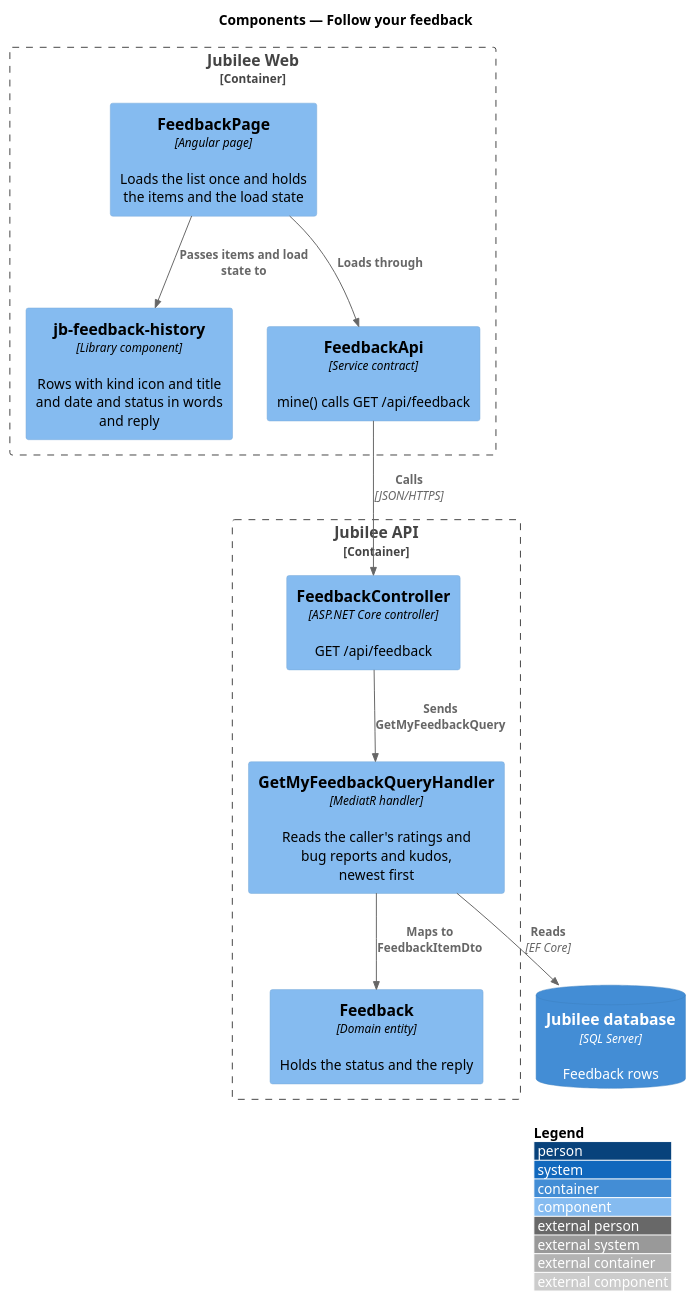
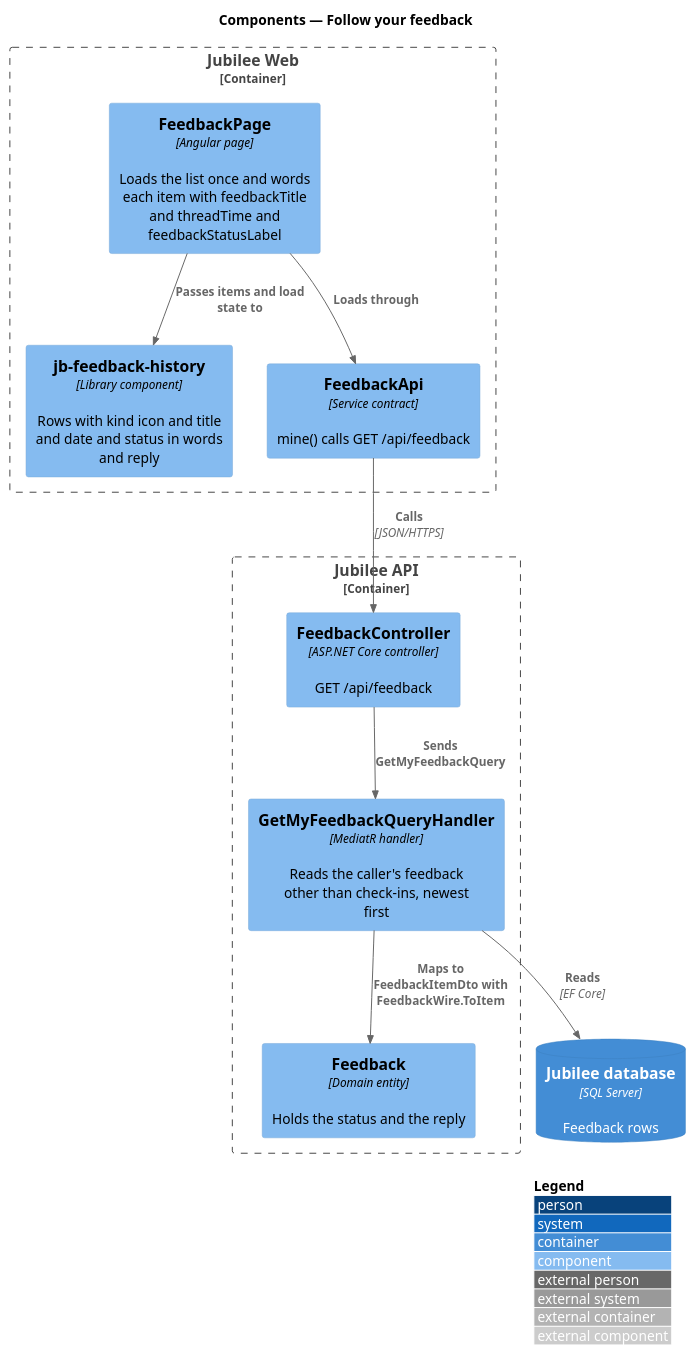
One commit to QuinntyneBrown/jubilee changed the diagram in docs/detailed-designs/feedback/follow-your-feedback/diagrams/c4-component.puml. Above: the diagram before and after it, drawn with PlantUML. The commit also changed 56 other files, not shown here.

```diff
--- a/docs/detailed-designs/feedback/follow-your-feedback/diagrams/c4-component.puml
+++ b/docs/detailed-designs/feedback/follow-your-feedback/diagrams/c4-component.puml
@@ -1,24 +1,24 @@
 @startuml
 !include <C4/C4_Component>
 LAYOUT_WITH_LEGEND()
 title Components — Follow your feedback
 
 Container_Boundary(web, "Jubilee Web") {
-  Component(page, "FeedbackPage", "Angular page", "Loads the list once and holds the items and the load state")
+  Component(page, "FeedbackPage", "Angular page", "Loads the list once and words each item with feedbackTitle and threadTime and feedbackStatusLabel")
   Component(history, "jb-feedback-history", "Library component", "Rows with kind icon and title and date and status in words and reply")
   Component(client, "FeedbackApi", "Service contract", "mine() calls GET /api/feedback")
 }
 Container_Boundary(api, "Jubilee API") {
   Component(ctrl, "FeedbackController", "ASP.NET Core controller", "GET /api/feedback")
-  Component(handler, "GetMyFeedbackQueryHandler", "MediatR handler", "Reads the caller's ratings and bug reports and kudos, newest first")
+  Component(handler, "GetMyFeedbackQueryHandler", "MediatR handler", "Reads the caller's feedback other than check-ins, newest first")
   Component(entity, "Feedback", "Domain entity", "Holds the status and the reply")
 }
 ContainerDb(db, "Jubilee database", "SQL Server", "Feedback rows")
 
 Rel(page, client, "Loads through")
 Rel(page, history, "Passes items and load state to")
 Rel(client, ctrl, "Calls", "JSON/HTTPS")
 Rel(ctrl, handler, "Sends GetMyFeedbackQuery")
-Rel(handler, entity, "Maps to FeedbackItemDto")
+Rel(handler, entity, "Maps to FeedbackItemDto with FeedbackWire.ToItem")
 Rel(handler, db, "Reads", "EF Core")
 @enduml
```
